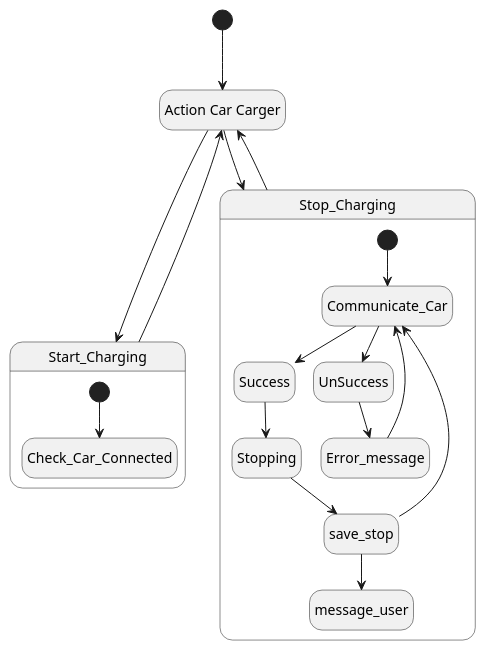
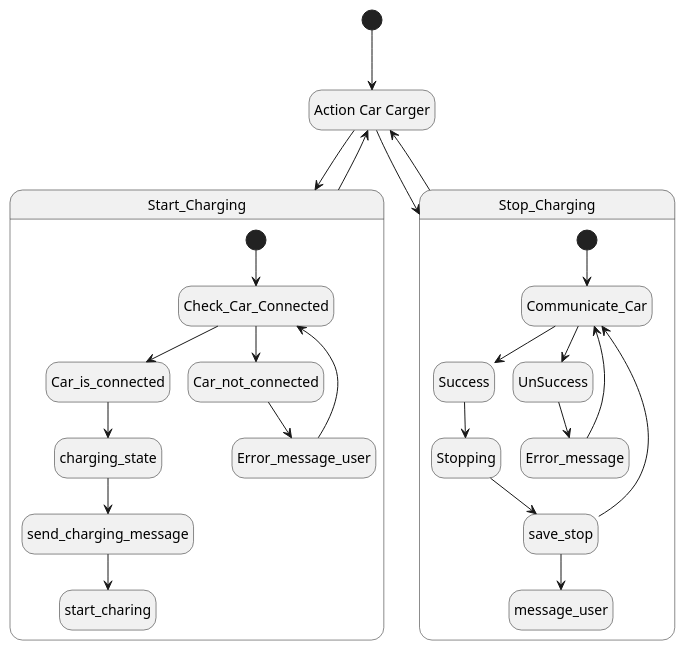
Before and after one commit to StefanBStrand/SETGruppe11HIOF: the diagram in Diagrams/ActionCarCharger.puml, drawn with PlantUML.

Commit message:
Lagt til flere tilstander i carcharger tilstandsdiagram.

```diff
--- a/Diagrams/ActionCarCharger.puml
+++ b/Diagrams/ActionCarCharger.puml
@@ -1,30 +1,41 @@
 @startuml
 'https://plantuml.com/state-diagram
 
 hide empty description
 
 state "Action Car Carger" as actioncarcharg
 [*] --> actioncarcharg
 
+
+
 state Start_Charging {
 [*] --> Check_Car_Connected
+Check_Car_Connected --> Car_is_connected
+Check_Car_Connected --> Car_not_connected
+Car_not_connected --> Error_message_user
+Error_message_user --> Check_Car_Connected
+Car_is_connected --> charging_state
+charging_state --> send_charging_message
+send_charging_message --> start_charing
 }
 
 state Stop_Charging {
 [*] --> Communicate_Car
 Communicate_Car --> Success
 Success --> Stopping
 Stopping --> save_stop
 save_stop --> Communicate_Car
 save_stop --> message_user
 Communicate_Car --> UnSuccess
 UnSuccess --> Error_message
 Error_message --> Communicate_Car
 }
 
 actioncarcharg --> Start_Charging
 Start_Charging --> actioncarcharg
 actioncarcharg --> Stop_Charging
 Stop_Charging --> actioncarcharg
 
+
+
 @enduml
```
